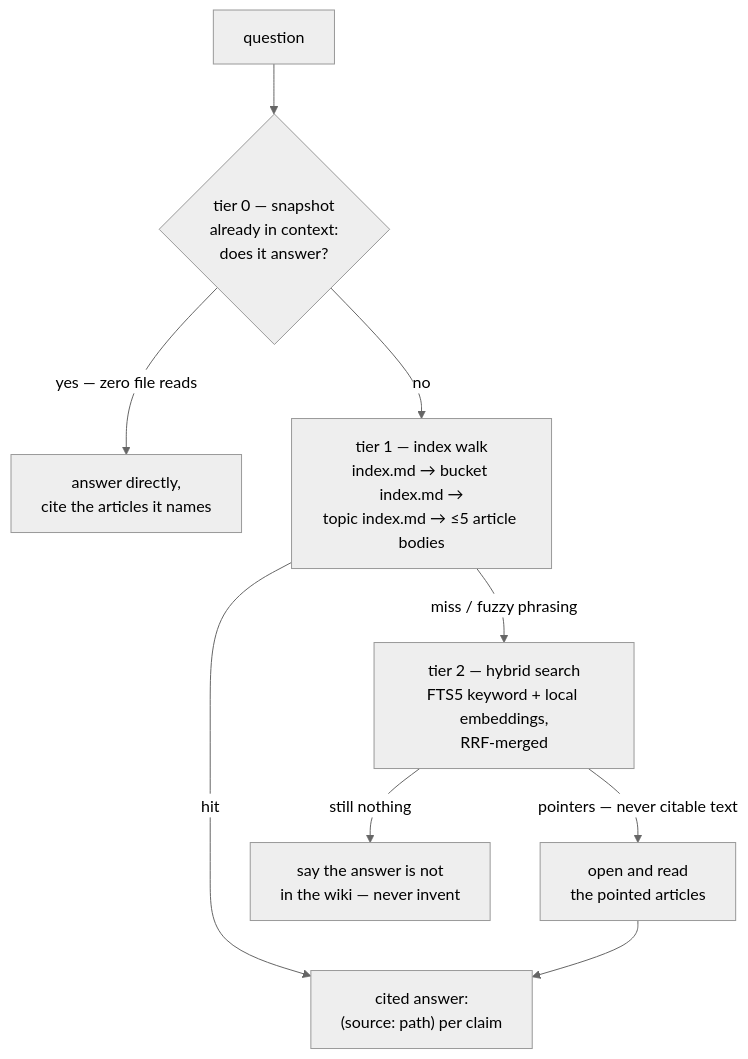
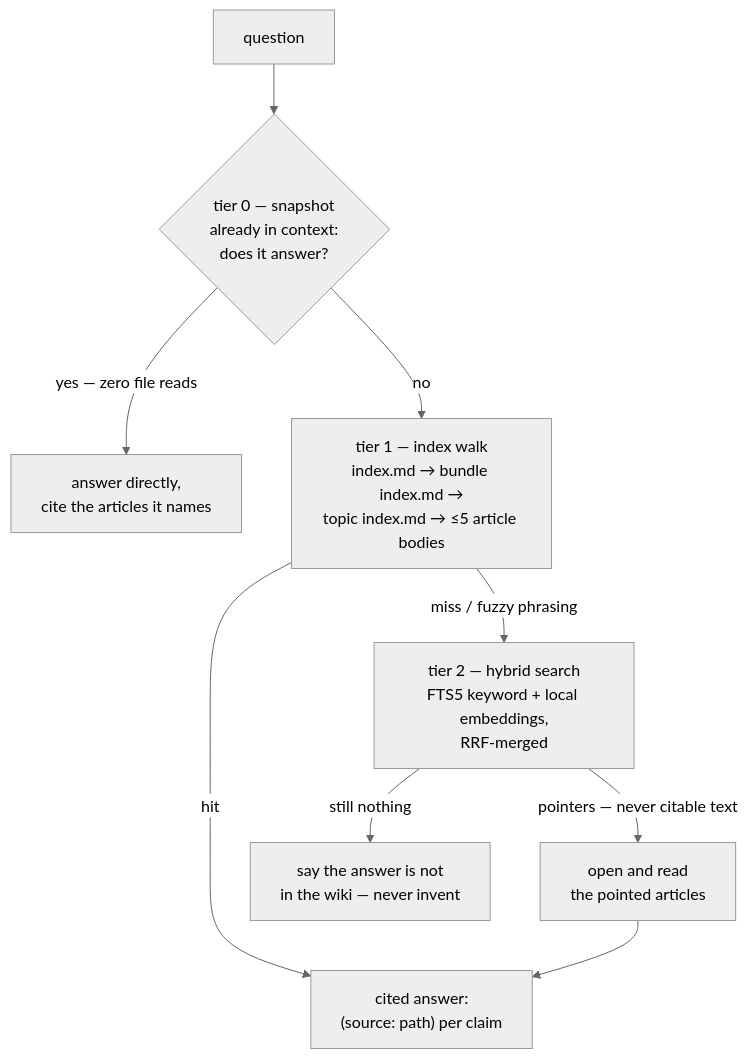
Before and after one commit to mmanzini/agentic-knowledge-engine: the second of 4 diagrams in README.md, drawn with Mermaid (neutral theme). The commit also changed other lines of this file, not shown here.

First line of the commit message:
docs: rename bucket → bundle in README (Unison-ignored, missed by sync)

````diff
--- a/README.md
+++ b/README.md
@@ -123,11 +123,11 @@
 ```mermaid
 flowchart TD
     Q["question"] --> T0{"tier 0 — snapshot<br/>already in context:<br/>does it answer?"}
     T0 -- "yes — zero file reads" --> A["answer directly,<br/>cite the articles it names"]
-    T0 -- no --> T1["tier 1 — index walk<br/>index.md → bucket index.md →<br/>topic index.md → ≤5 article bodies"]
+    T0 -- no --> T1["tier 1 — index walk<br/>index.md → bundle index.md →<br/>topic index.md → ≤5 article bodies"]
     T1 -- hit --> C["cited answer:<br/>(source: path) per claim"]
     T1 -- "miss / fuzzy phrasing" --> T2["tier 2 — hybrid search<br/>FTS5 keyword + local embeddings,<br/>RRF-merged"]
     T2 -- "pointers — never citable text" --> R["open and read<br/>the pointed articles"]
     R --> C
     T2 -- "still nothing" --> H["say the answer is not<br/>in the wiki — never invent"]
 ```
````
